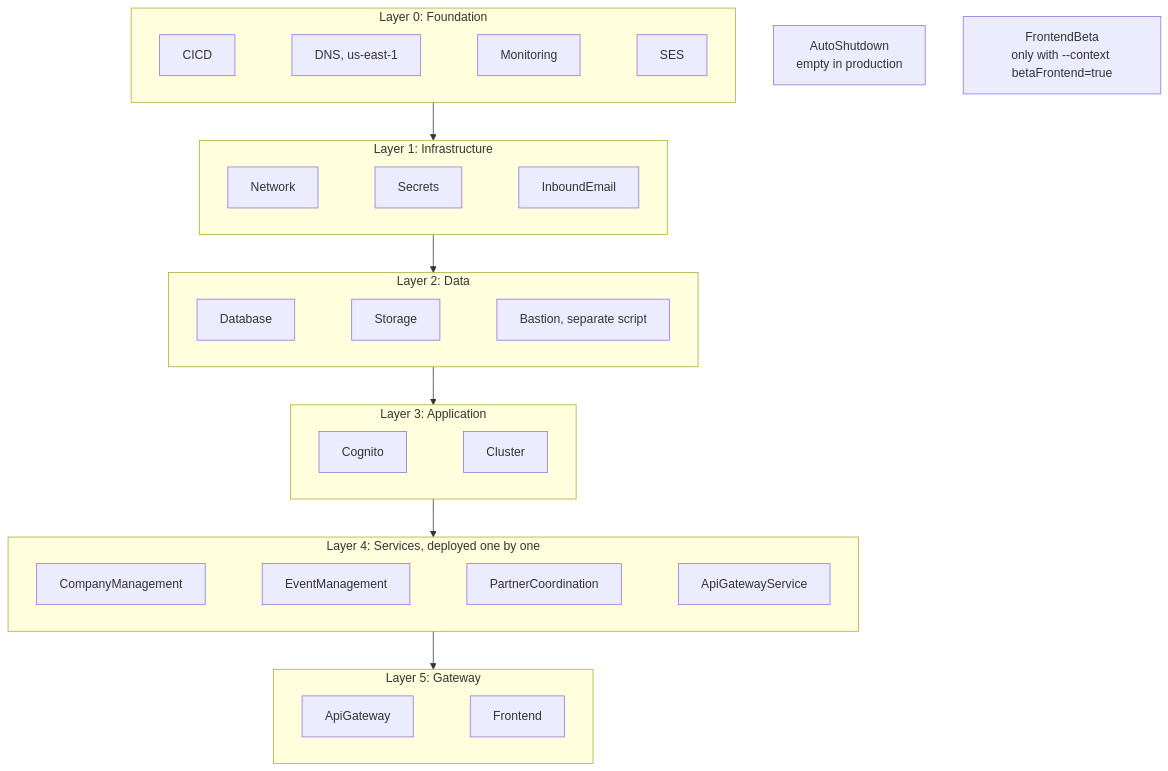
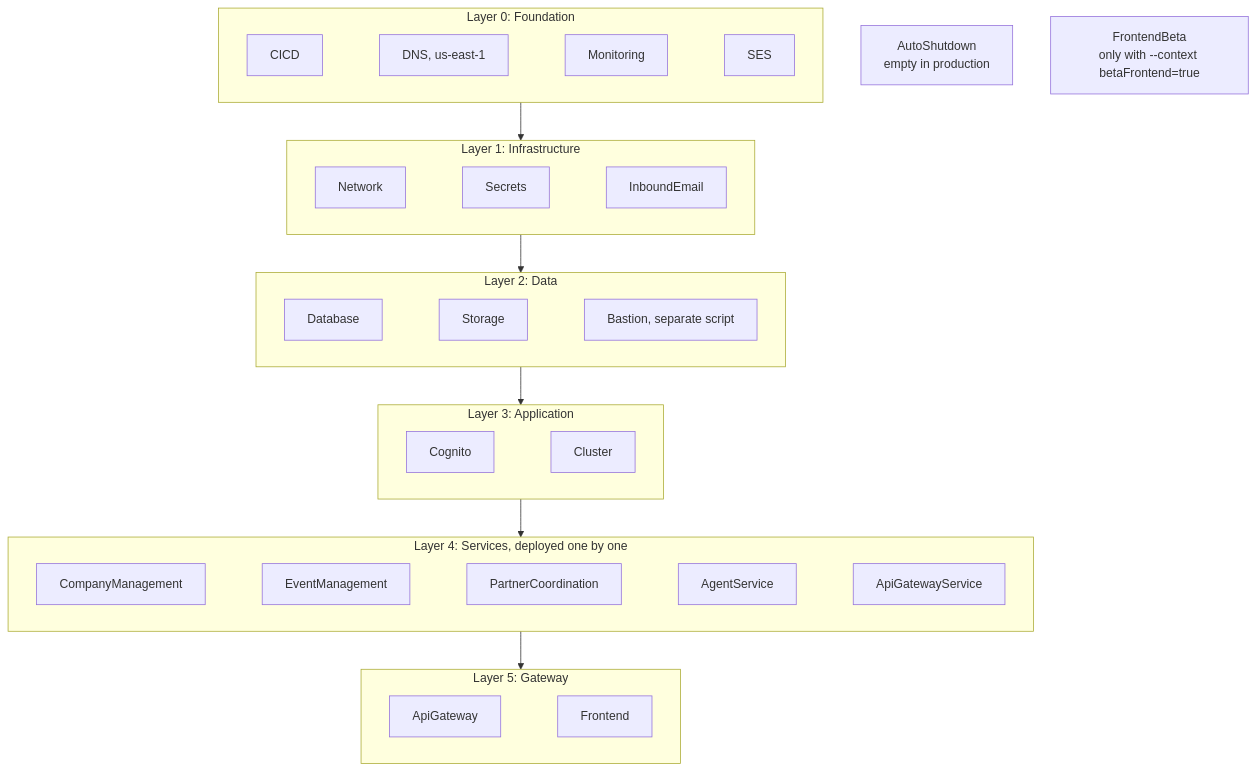
The third of 26 diagrams in docs/architecture/02-infrastructure-deployment.md (nissimbuchs/BATbern2), drawn with Mermaid before and after one commit. The commit also changed other lines of this file and 351 other files, not shown here.

First line of the commit message:
feat(agent-runtime): agent-service runs a gated, logged agent loop (epic 1, dark) + SES v2 forwarding fix (#1345)

````diff
--- a/docs/architecture/02-infrastructure-deployment.md
+++ b/docs/architecture/02-infrastructure-deployment.md
@@ -86,25 +86,25 @@
 ```mermaid
 graph TB
     subgraph L0["Layer 0: Foundation"]
         CICD[CICD] ~~~ DNS["DNS, us-east-1"] ~~~ MON[Monitoring] ~~~ SES[SES]
     end
     subgraph L1["Layer 1: Infrastructure"]
         NET[Network] ~~~ SEC[Secrets] ~~~ IN[InboundEmail]
     end
     subgraph L2["Layer 2: Data"]
         DB[Database] ~~~ STO[Storage] ~~~ BAS["Bastion, separate script"]
     end
     subgraph L3["Layer 3: Application"]
         COG[Cognito] ~~~ CLU[Cluster]
     end
     subgraph L4["Layer 4: Services, deployed one by one"]
-        CM[CompanyManagement] ~~~ EM[EventManagement] ~~~ PC[PartnerCoordination] ~~~ GWS[ApiGatewayService]
+        CM[CompanyManagement] ~~~ EM[EventManagement] ~~~ PC[PartnerCoordination] ~~~ AG[AgentService] ~~~ GWS[ApiGatewayService]
     end
     subgraph L5["Layer 5: Gateway"]
         API[ApiGateway] ~~~ FE[Frontend]
     end
     L0 --> L1 --> L2 --> L3 --> L4 --> L5
 
     AS["AutoShutdown<br/>empty in production"]
     BETA["FrontendBeta<br/>only with --context betaFrontend=true"]
 ```
````
